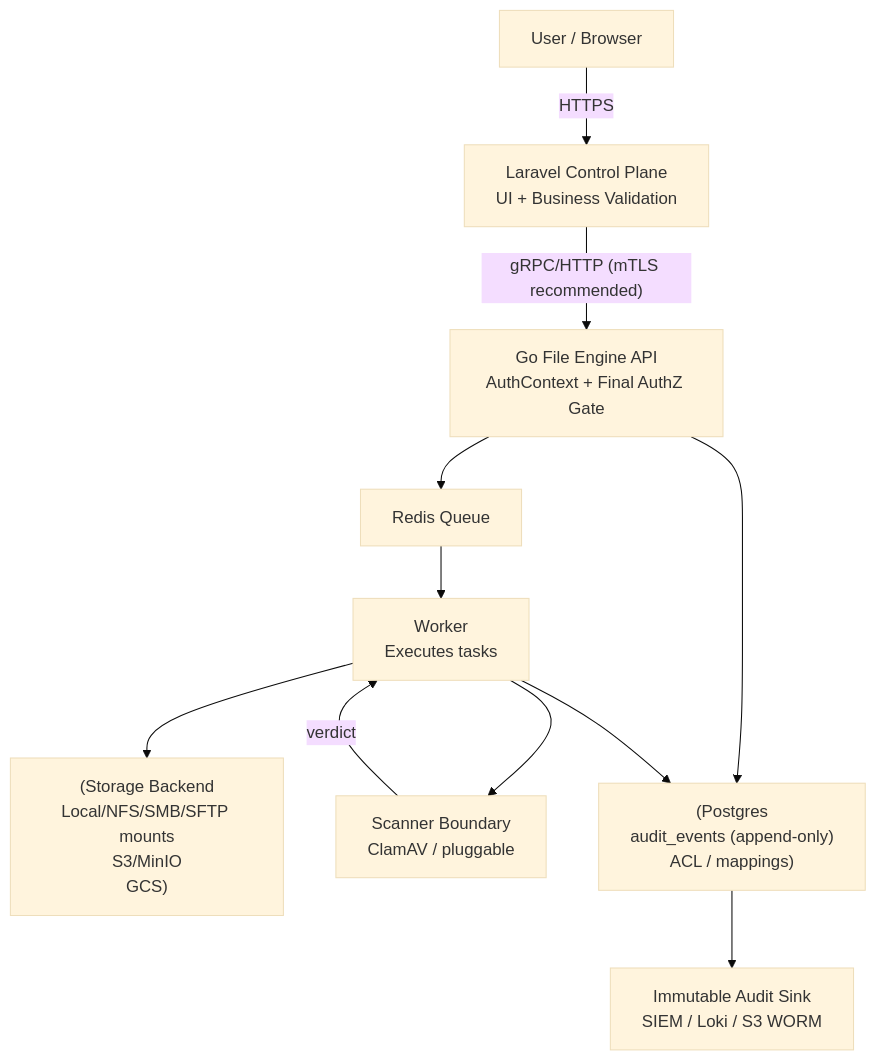
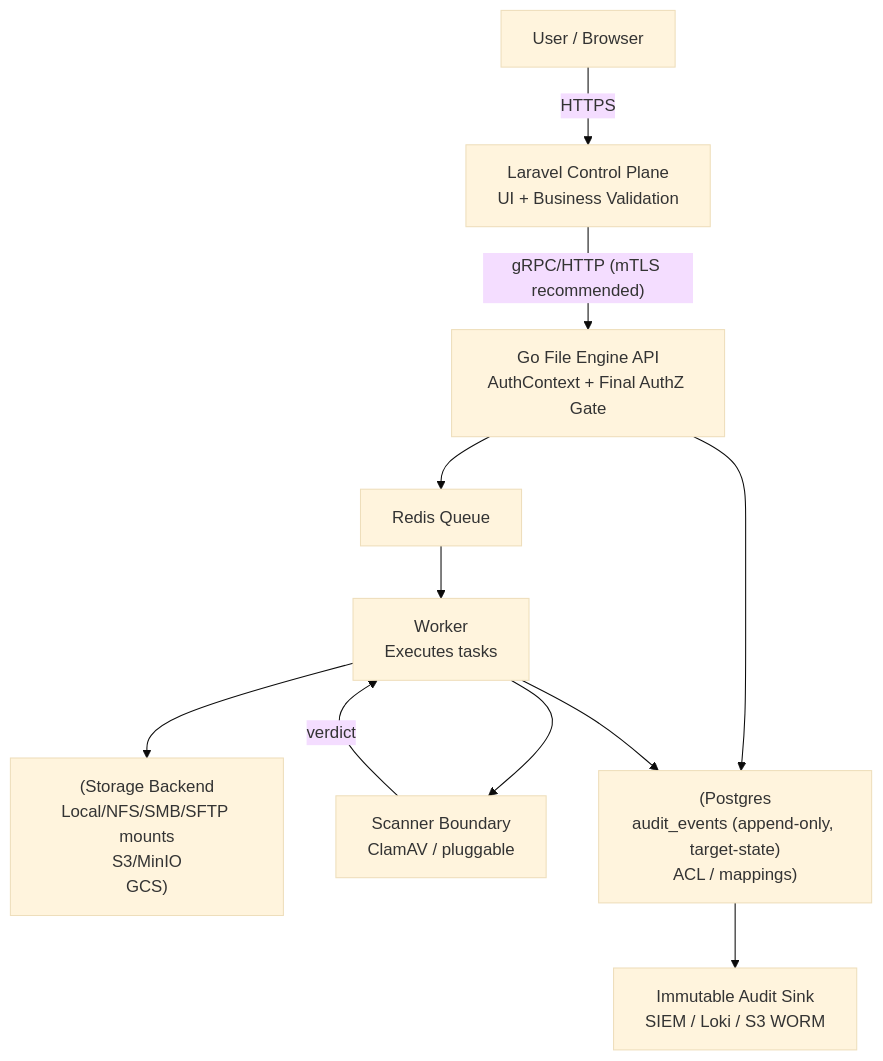
The first of 2 diagrams in README.md (agslima/file-server-management), drawn with Mermaid (base theme) before and after one commit. The commit also changed other lines of this file and 10 other files, not shown here.

````diff
--- a/README.md
+++ b/README.md
@@ -141,23 +149,23 @@
 ```mermaid
 flowchart TB
   U[User / Browser] -->|HTTPS| L[Laravel Control Plane<br/>UI + Business Validation]
 
   %% TB2: Service boundary
   L -->|"gRPC/HTTP (mTLS recommended)"| FE[Go File Engine API<br/>AuthContext + Final AuthZ Gate]
 
   %% TB3: Queue boundary
   FE --> Q[Redis Queue]
   Q --> W[Worker<br/>Executes tasks]
 
   %% TB4: Data boundary
   W --> ST["(Storage Backend<br/>Local/NFS/SMB/SFTP mounts<br/>S3/MinIO<br/>GCS)"]
 
   %% TB5: Scanner boundary
   W --> AV[Scanner Boundary<br/>ClamAV / pluggable]
   AV -->|verdict| W
 
   %% Audit
-  FE --> DB["(Postgres<br/>audit_events (append-only)<br/>ACL / mappings)"]
+  FE --> DB["(Postgres<br/>audit_events (append-only, target-state)<br/>ACL / mappings)"]
   W --> DB
   DB --> SINK[Immutable Audit Sink<br/>SIEM / Loki / S3 WORM]
 ```
````
